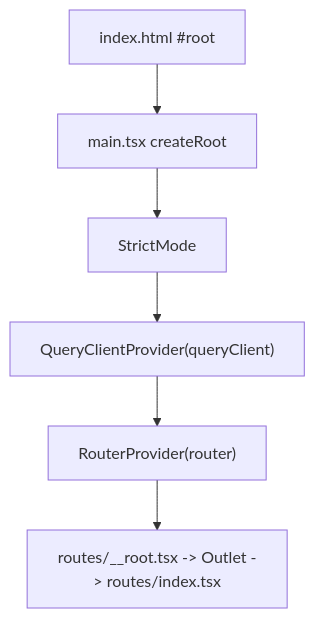
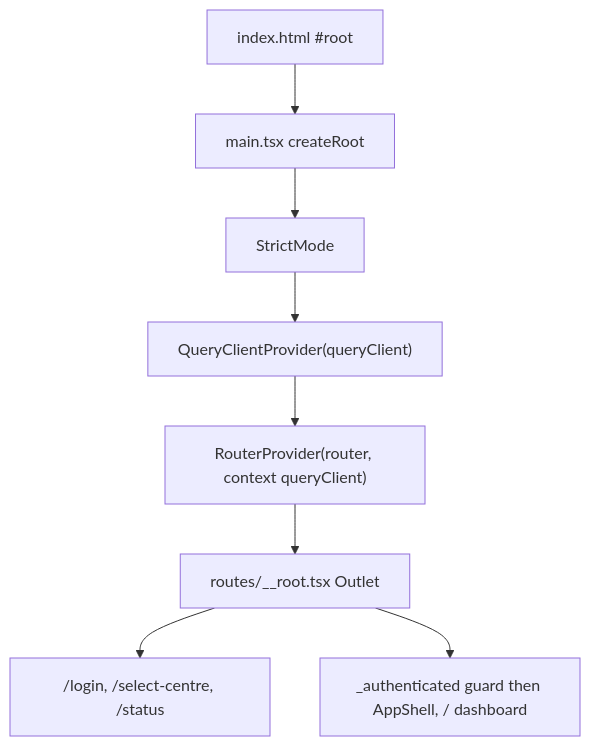
One commit to youssef623/tutoring-centre changed the diagram in docs/file-explanations/frontend/src/main.tsx.md. Above: the diagram before and after it, drawn with Mermaid. The commit also changed other lines of this file and 265 other files, not shown here.

````diff
--- a/docs/file-explanations/frontend/src/main.tsx.md
+++ b/docs/file-explanations/frontend/src/main.tsx.md
@@ -59,4 +99,6 @@
 ```mermaid
 flowchart TD
-    H["index.html #root"] --> M["main.tsx createRoot"] --> SM["StrictMode"] --> QP["QueryClientProvider(queryClient)"] --> RP["RouterProvider(router)"] --> RT["routes/__root.tsx -> Outlet -> routes/index.tsx"]
+    H["index.html #root"] --> M["main.tsx createRoot"] --> SM["StrictMode"] --> QP["QueryClientProvider(queryClient)"] --> RP["RouterProvider(router, context queryClient)"] --> RT["routes/__root.tsx Outlet"]
+    RT --> PUB["/login, /select-centre, /status"]
+    RT --> AUTH["_authenticated guard then AppShell, / dashboard"]
 ```
````
